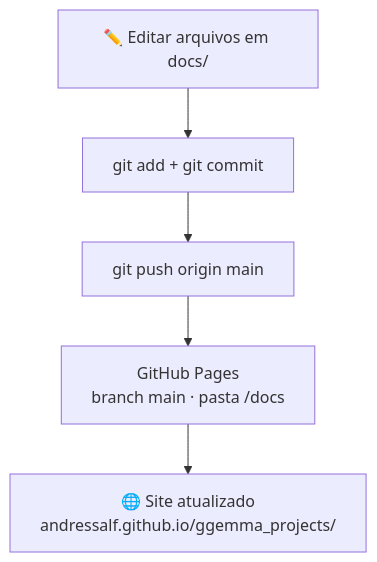
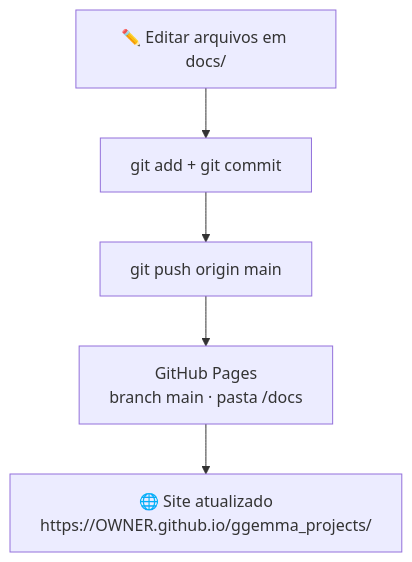
One commit to AndressaLF/ggemma_projects changed the second of 2 diagrams in README.md. Above: the diagram before and after it, drawn with Mermaid. The commit also changed other lines of this file and 7 other files, not shown here.

````diff
--- a/README.md
+++ b/README.md
@@ -172,7 +229,7 @@
 ```mermaid
 flowchart TD
   E["✏️ Editar arquivos em docs/"] --> F["git add + git commit"]
   F --> G["git push origin main"]
   G --> H["GitHub Pages<br/>branch main · pasta /docs"]
-  H --> I["🌐 Site atualizado<br/>andressalf.github.io/ggemma_projects/"]
+  H --> I["🌐 Site atualizado<br/>https://OWNER.github.io/ggemma_projects/"]
 ```
````
